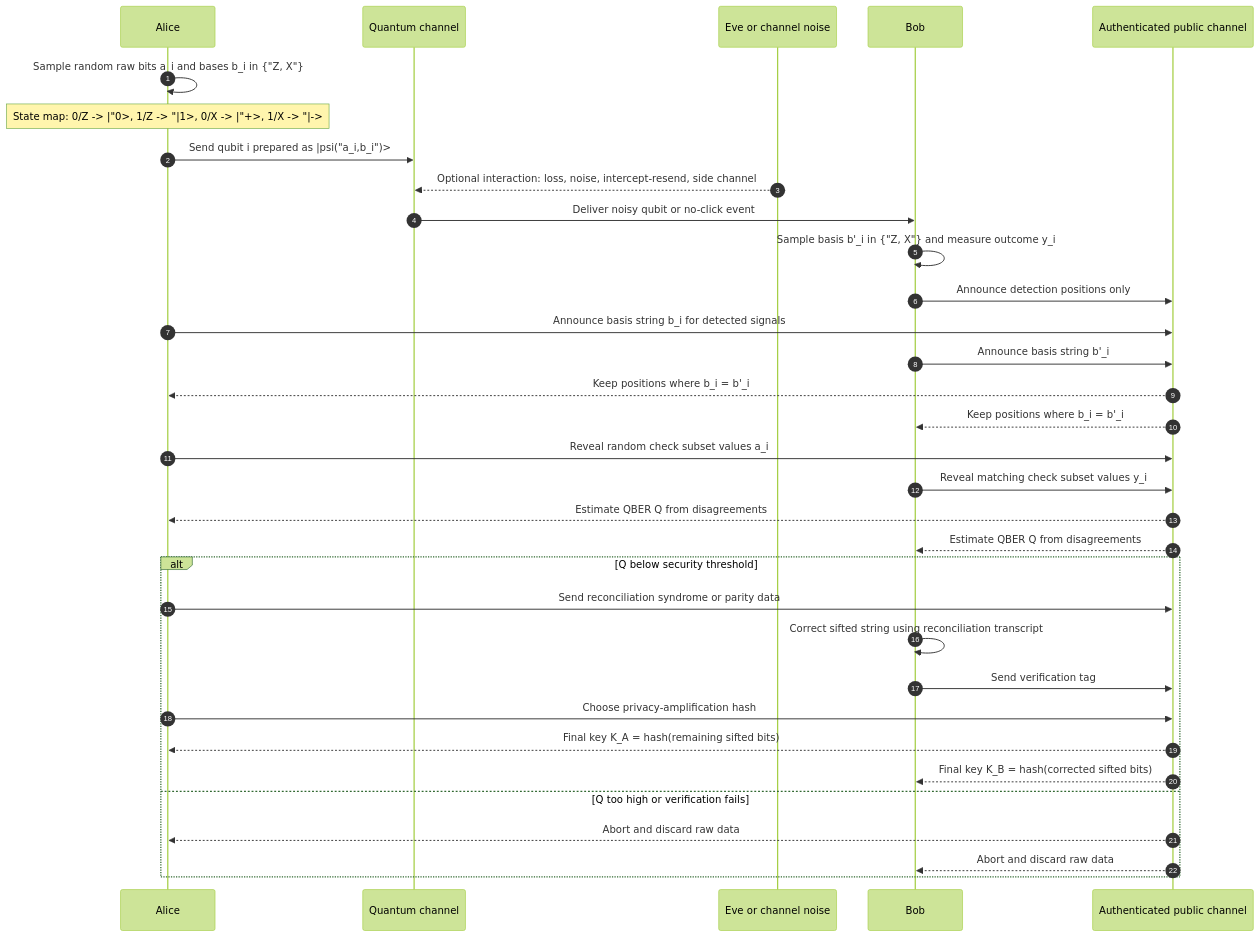
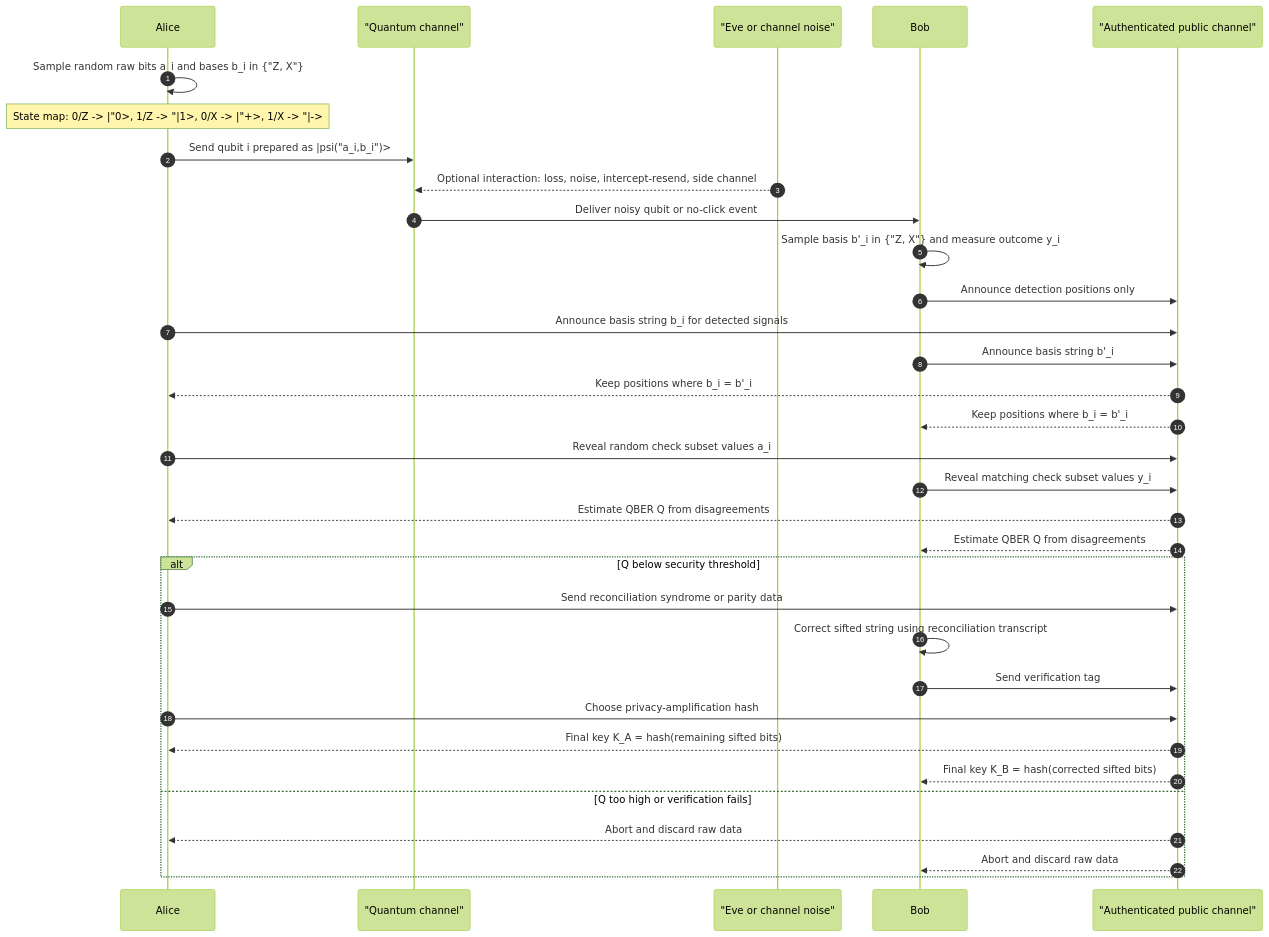
One commit to justinbrianhwang/SJ-wiki changed the diagram in docs/quantum-information-science/quantum-communication/bb84.md. Above: the diagram before and after it, drawn with Mermaid (forest theme). The commit also changed 126 other files, not shown here.

Commit message:
Image-URL audit: remove 22 broken Wikimedia/GitHub image embeds (HTTP 400/404); add check-image-urls.py + fix-broken-images.py verification tools; final CS Mermaid review applied

````diff
--- a/docs/quantum-information-science/quantum-communication/bb84.md
+++ b/docs/quantum-information-science/quantum-communication/bb84.md
@@ -147,36 +147,36 @@
 ```mermaid
 sequenceDiagram
   autonumber
   participant A as Alice
-  participant Q as Quantum channel
-  participant E as Eve or channel noise
+  participant Q as "Quantum channel"
+  participant E as "Eve or channel noise"
   participant B as Bob
-  participant C as Authenticated public channel
+  participant C as "Authenticated public channel"
 
   A->>A: Sample random raw bits a_i and bases b_i in {"Z, X"}
   Note over A: State map: 0/Z -> |"0>, 1/Z -> "|1>, 0/X -> |"+>, 1/X -> "|->
   A->>Q: Send qubit i prepared as |psi("a_i,b_i")>
   E-->>Q: Optional interaction: loss, noise, intercept-resend, side channel
   Q->>B: Deliver noisy qubit or no-click event
   B->>B: Sample basis b'_i in {"Z, X"} and measure outcome y_i
   B->>C: Announce detection positions only
   A->>C: Announce basis string b_i for detected signals
   B->>C: Announce basis string b'_i
   C-->>A: Keep positions where b_i = b'_i
   C-->>B: Keep positions where b_i = b'_i
   A->>C: Reveal random check subset values a_i
   B->>C: Reveal matching check subset values y_i
   C-->>A: Estimate QBER Q from disagreements
   C-->>B: Estimate QBER Q from disagreements
   alt Q below security threshold
     A->>C: Send reconciliation syndrome or parity data
     B->>B: Correct sifted string using reconciliation transcript
     B->>C: Send verification tag
     A->>C: Choose privacy-amplification hash
     C-->>A: Final key K_A = hash(remaining sifted bits)
     C-->>B: Final key K_B = hash(corrected sifted bits)
   else Q too high or verification fails
     C-->>A: Abort and discard raw data
     C-->>B: Abort and discard raw data
   end
 ```
````
